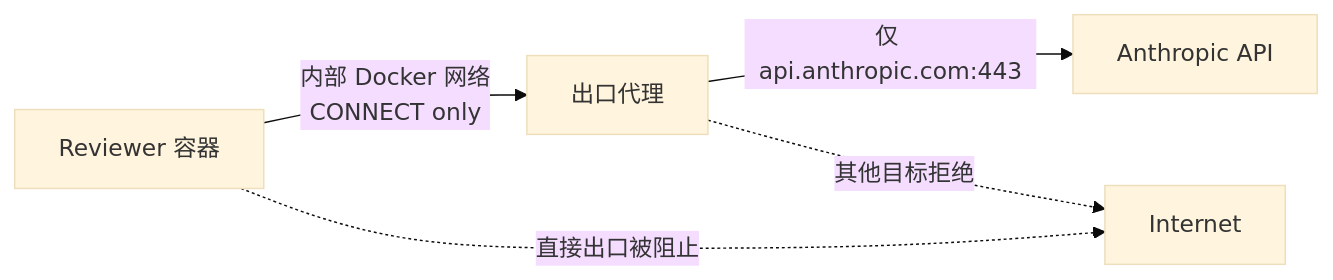
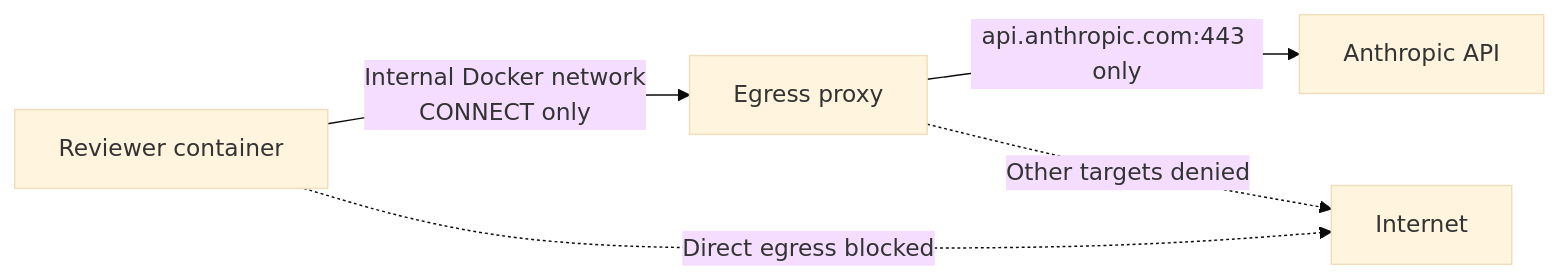
One commit to zml-protocol/multitenant-security-agent changed the diagram in docs/reviewer-egress.md. Above: the diagram before and after it, drawn with Mermaid (base theme). The commit also changed other lines of this file and 47 other files, not shown here.

````diff
--- a/docs/reviewer-egress.md
+++ b/docs/reviewer-egress.md
@@ -11,7 +11,7 @@
 ```mermaid
 flowchart LR
-    R[Reviewer 容器] -->|内部 Docker 网络<br/>CONNECT only| P[出口代理]
-    R -. 直接出口被阻止 .-> X[Internet]
-    P -->|仅 api.anthropic.com:443| A[Anthropic API]
-    P -. 其他目标拒绝 .-> X
+    R[Reviewer container] -->|Internal Docker network<br/>CONNECT only| P[Egress proxy]
+    R -. Direct egress blocked .-> X[Internet]
+    P -->|api.anthropic.com:443 only| A[Anthropic API]
+    P -. Other targets denied .-> X
 ```
````
